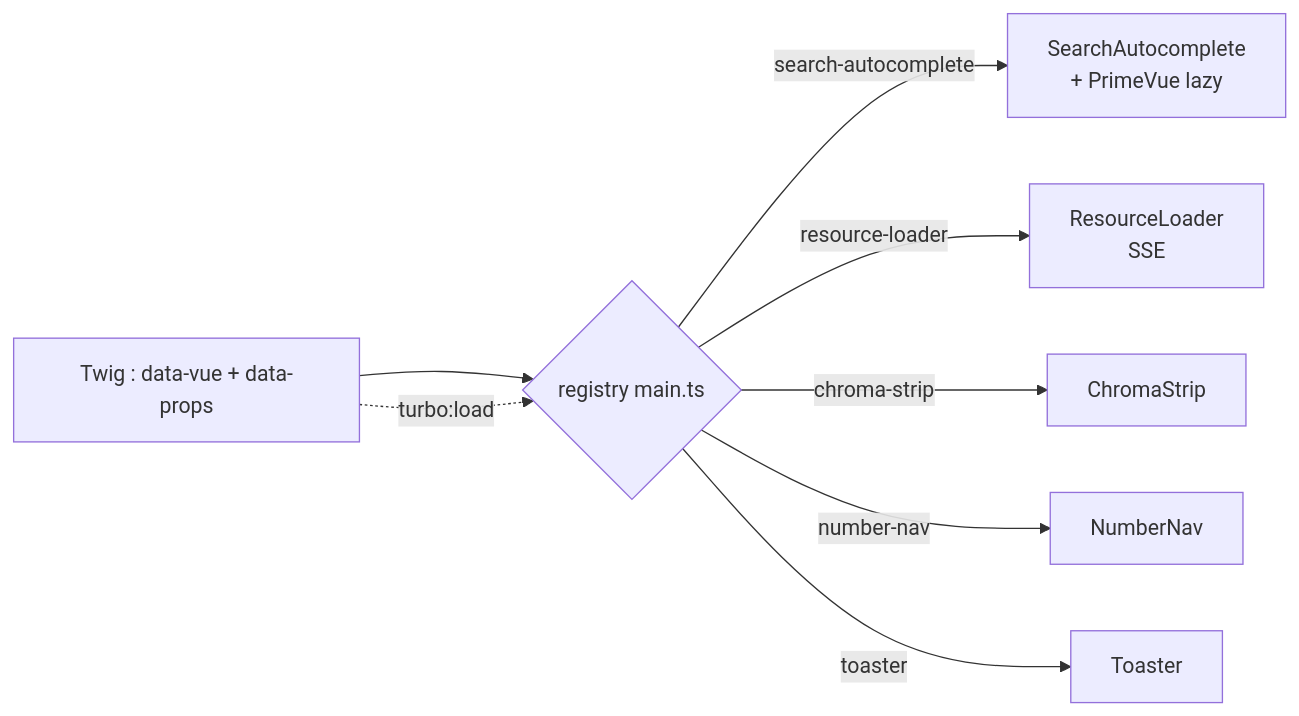
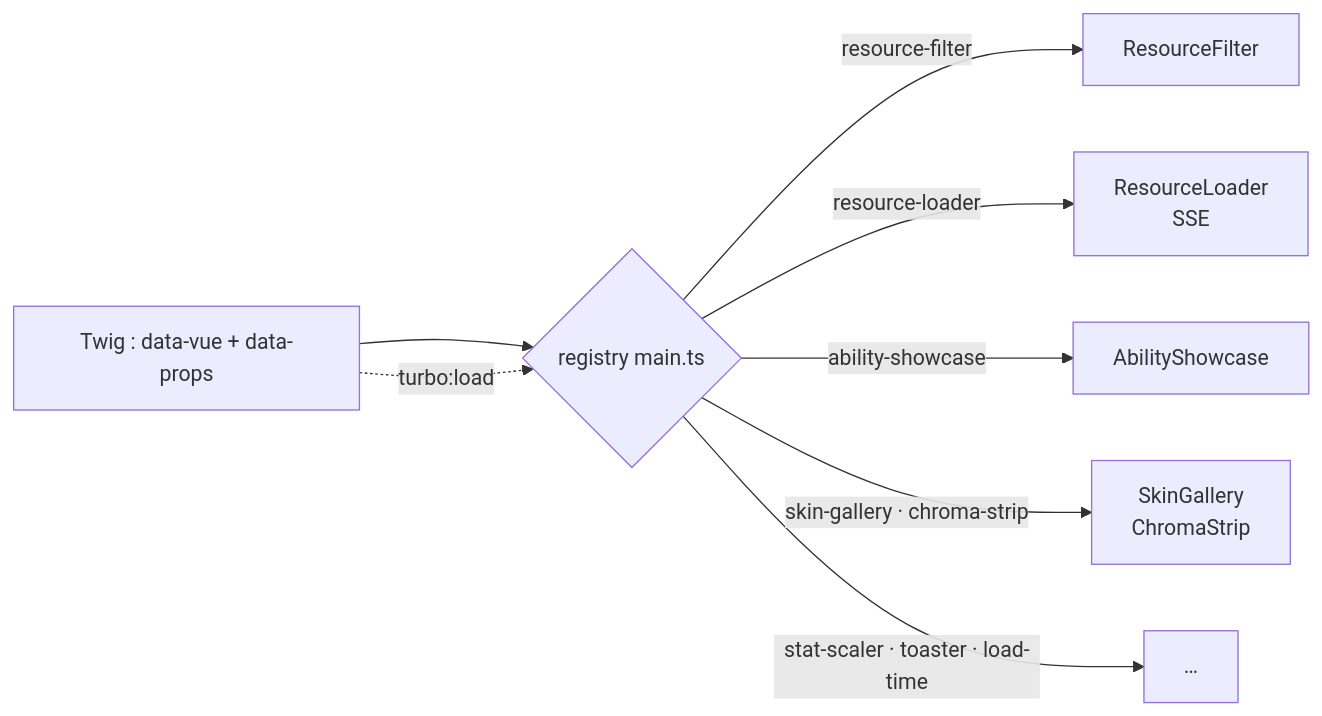
Before and after one commit to LINDECKER-Charles/LeagueOfDataBaseFinal: the seventh of 7 diagrams in README.md, drawn with Mermaid. The commit also changed other lines of this file and 6 other files, not shown here.

````diff
--- a/README.md
+++ b/README.md
@@ -419,10 +419,10 @@
 ```mermaid
 flowchart LR
     T[Twig : data-vue + data-props] --> R{registry main.ts}
-    R -->|search-autocomplete| A[SearchAutocomplete<br/>+ PrimeVue lazy]
+    R -->|resource-filter| A[ResourceFilter]
     R -->|resource-loader| B[ResourceLoader<br/>SSE]
-    R -->|chroma-strip| C[ChromaStrip]
-    R -->|number-nav| D[NumberNav]
-    R -->|toaster| E[Toaster]
+    R -->|ability-showcase| C[AbilityShowcase]
+    R -->|skin-gallery · chroma-strip| D[SkinGallery<br/>ChromaStrip]
+    R -->|stat-scaler · toaster · load-time| E[…]
     T -. turbo:load .-> R
 ```
````
